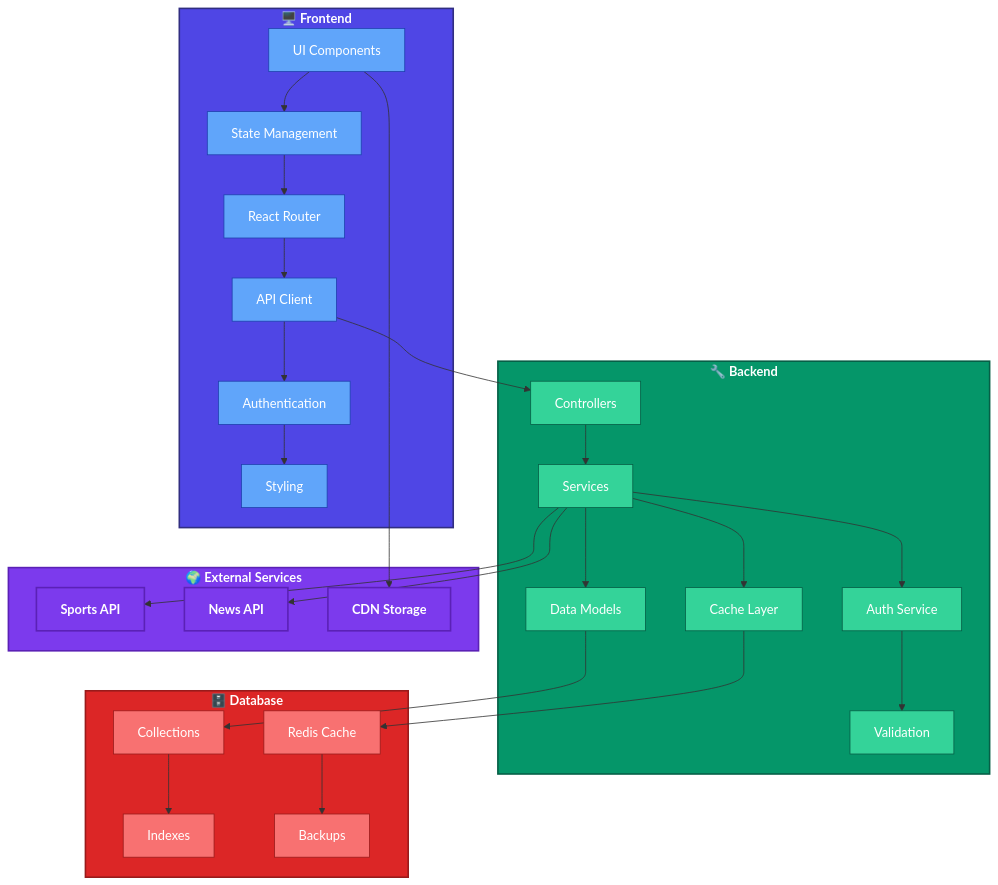
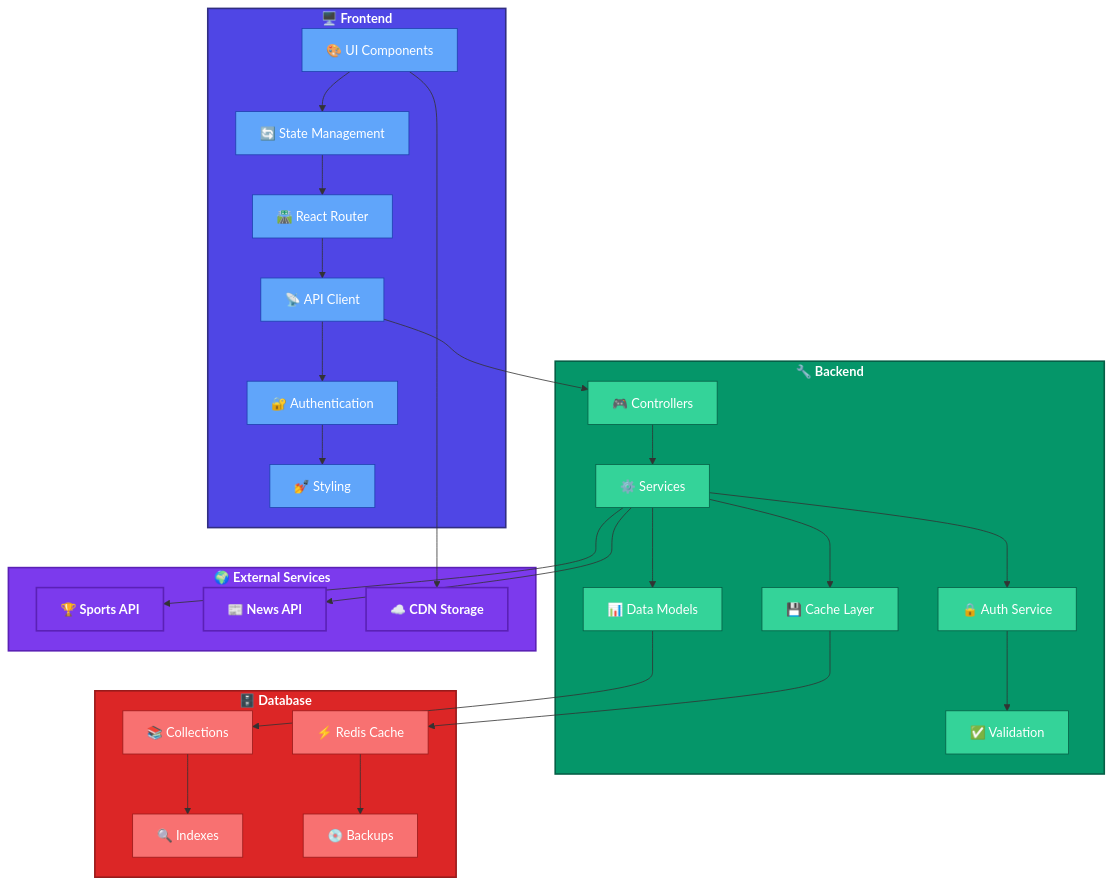
One commit to MalikShoaibAhmadKhan/sports-app changed the diagram in README.md. Above: the diagram before and after it, drawn with Mermaid.

Commit message:
style: add emojis to architecture diagram components

````diff
--- a/README.md
+++ b/README.md
@@ -73,78 +73,78 @@
 ```mermaid
 flowchart TD
   subgraph UI["🖥️ Frontend"]
-    A1[UI Components]
-    A2[State Management]
-    A3[React Router]
-    A4[API Client]
-    A5[Authentication]
-    A6[Styling]
+    A1[🎨 UI Components]
+    A2[🔄 State Management]
+    A3[🛣️ React Router]
+    A4[📡 API Client]
+    A5[🔐 Authentication]
+    A6[💅 Styling]
   end
 
   subgraph Server["🔧 Backend"]
-    B1[Controllers]
-    B2[Services]
-    B3[Auth Service]
-    B4[Cache Layer]
-    B5[Validation]
-    B6[Data Models]
+    B1[🎮 Controllers]
+    B2[⚙️ Services]
+    B3[🔒 Auth Service]
+    B4[💾 Cache Layer]
+    B5[✅ Validation]
+    B6[📊 Data Models]
   end
 
   subgraph DB["🗄️ Database"]
-    C1[Collections]
-    C2[Indexes]
-    C3[Redis Cache]
-    C4[Backups]
+    C1[📚 Collections]
+    C2[🔍 Indexes]
+    C3[⚡ Redis Cache]
+    C4[💿 Backups]
   end
 
   subgraph External["🌍 External Services"]
-    D1[Sports API]
-    D2[News API]
-    D3[CDN Storage]
+    D1[🏆 Sports API]
+    D2[📰 News API]
+    D3[☁️ CDN Storage]
   end
 
   %% Frontend connections
   A1 --> A2
   A2 --> A3
   A3 --> A4
   A4 --> A5
   A5 --> A6
 
   %% Backend connections
   A4 --> B1
   B1 --> B2
   B2 --> B3
   B2 --> B6
   B2 --> B4
   B3 --> B5
 
   %% Database connections
   B6 --> C1
   C1 --> C2
   B4 --> C3
   C3 --> C4
 
   %% External connections
   B2 --> D1
   B2 --> D2
   A1 --> D3
 
   %% Styling
   classDef frontend fill:#4F46E5,stroke:#312E81,stroke-width:2px,color:white,font-weight:bold
   classDef backend fill:#059669,stroke:#065F46,stroke-width:2px,color:white,font-weight:bold
   classDef database fill:#DC2626,stroke:#991B1B,stroke-width:2px,color:white,font-weight:bold
   classDef external fill:#7C3AED,stroke:#5B21B6,stroke-width:2px,color:white,font-weight:bold
   classDef component fill:#60A5FA,stroke:#1E40AF,stroke-width:1px,color:white
   classDef service fill:#34D399,stroke:#065F46,stroke-width:1px,color:white
   classDef data fill:#F87171,stroke:#991B1B,stroke-width:1px,color:white
 
   %% Apply styles
   class UI frontend
   class Server backend
   class DB database
   class External external
   class A1,A2,A3,A4,A5,A6 component
   class B1,B2,B3,B4,B5,B6 service
   class C1,C2,C3,C4 data
   class D1,D2,D3 external
 ```
````
